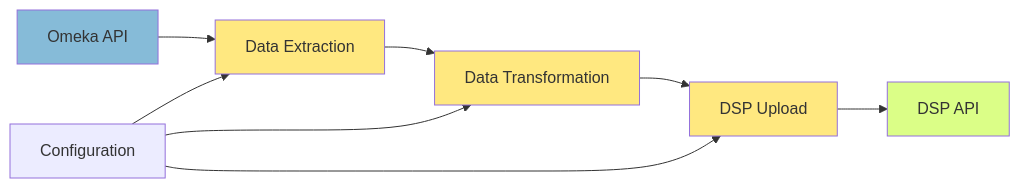
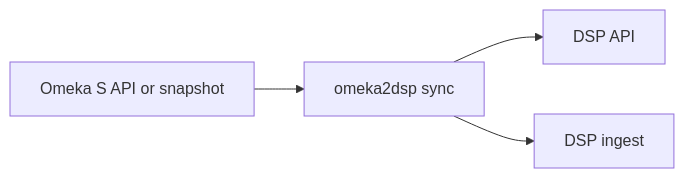
Before and after one commit to Stadt-Geschichte-Basel/omeka2dsp: the diagram in README.md, drawn with Mermaid. The commit also changed other lines of this file and 71 other files, not shown here.

First line of the commit message:
refactor!: simplify omeka2dsp into a typed package (#24)

````diff
--- a/README.md
+++ b/README.md
@@ -97,17 +9,6 @@
-```{mermaid}
+```mermaid
 graph LR
-    A[Omeka API] --> B[Data Extraction]
-    B --> C[Data Transformation]
-    C --> D[DSP Upload]
-    D --> E[DSP API]
-
-    F[Configuration] --> B
-    F --> C
-    F --> D
-
-    style A fill:#86bbd8
-    style E fill:#dbfe87
-    style B fill:#ffe880
-    style C fill:#ffe880
-    style D fill:#ffe880
+  omeka[Omeka S API or snapshot] --> sync[omeka2dsp sync]
+  sync --> dsp[DSP API]
+  sync --> ingest[DSP ingest]
 ```
````
